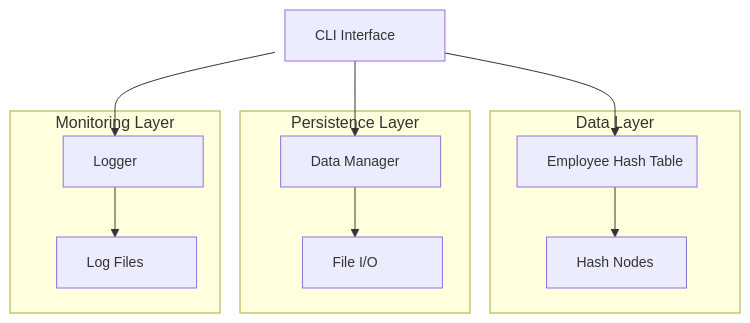
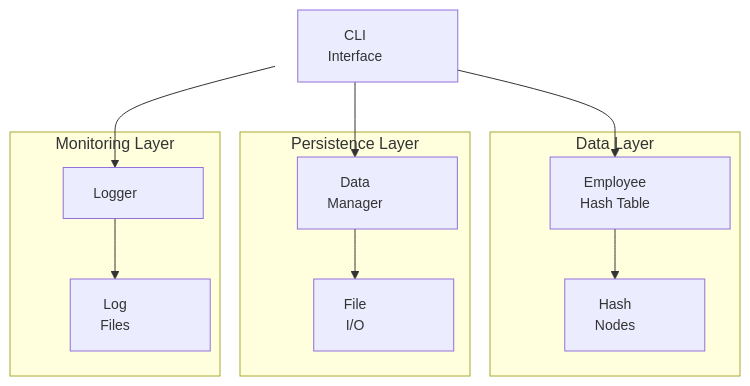
Before and after one commit to irongopher75/Office-Management-Project: the diagram in README.md, drawn with Mermaid.

````diff
--- a/README.md
+++ b/README.md
@@ -205,34 +205,34 @@
 ```mermaid
 graph TB
-    A[CLI Interface] --> B[Employee Hash Table]
-    A --> C[Data Manager]
-    A --> D[Logger]
-    B --> E[Hash Nodes]
-    C --> F[File I/O]
-    D --> G[Log Files]
+    A["CLI<br/>Interface"] --> B["Employee<br/>Hash Table"]
+    A --> C["Data<br/>Manager"]
+    A --> D["Logger"]
+    B --> E["Hash<br/>Nodes"]
+    C --> F["File<br/>I/O"]
+    D --> G["Log<br/>Files"]
     
     subgraph "Data Layer"
     B
     E
     end
     
     subgraph "Persistence Layer"
     C
     F
     end
     
     subgraph "Monitoring Layer"
     D
     G
     end
 
-    %% Force box sizes & prevent clipping
+    %% Force node widths so no text is clipped
     style A width:160px, font-size:14px
     style B width:180px, font-size:14px
     style C width:160px, font-size:14px
     style D width:140px, font-size:14px
     style E width:140px, font-size:14px
     style F width:140px, font-size:14px
     style G width:140px, font-size:14px
 
 ```
````
